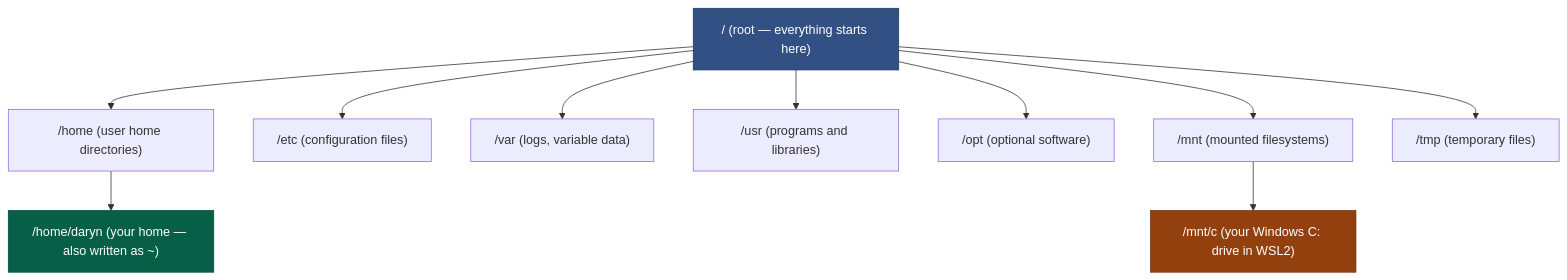
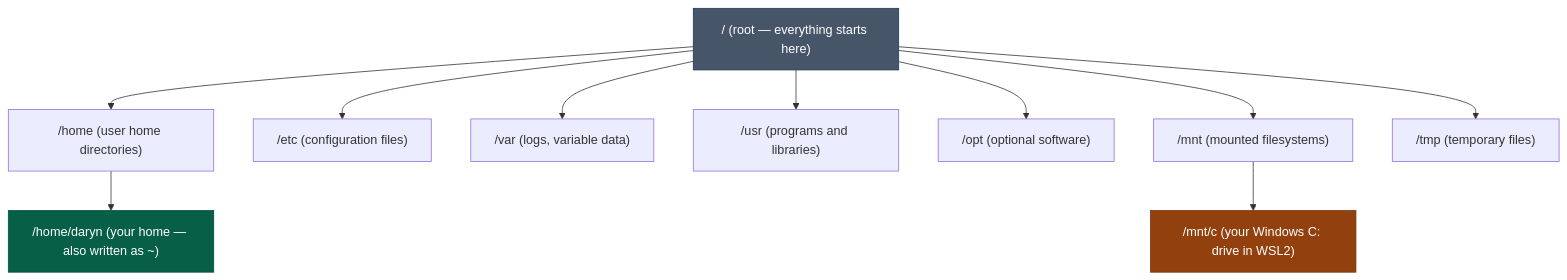
Before and after one commit to Ch3w3y/docker_gcp: the second of 2 diagrams in docs/what-is-linux.md, drawn with Mermaid. The commit also changed other lines of this file and 12 other files, not shown here.

````diff
--- a/docs/what-is-linux.md
+++ b/docs/what-is-linux.md
@@ -120,18 +120,18 @@
 ```mermaid
 flowchart TD
     ROOT["/ (root — everything starts here)"]
 
     ROOT --> HOME["/home (user home directories)"]
     ROOT --> ETC["/etc (configuration files)"]
     ROOT --> VAR["/var (logs, variable data)"]
     ROOT --> USR["/usr (programs and libraries)"]
     ROOT --> OPT["/opt (optional software)"]
     ROOT --> MNT["/mnt (mounted filesystems)"]
     ROOT --> TMP["/tmp (temporary files)"]
 
     HOME --> DARYN["/home/daryn (your home — also written as ~)"]
     MNT --> WINDOWS["/mnt/c (your Windows C: drive in WSL2)"]
-    style ROOT fill:#325083,stroke:#1e3a5f,color:#ffffff
+    style ROOT fill:#475569,stroke:#1e3a5f,color:#ffffff
     style DARYN fill:#065f46,stroke:#064e3b,color:#ffffff
     style WINDOWS fill:#92400e,stroke:#78350f,color:#ffffff
 ```
````
